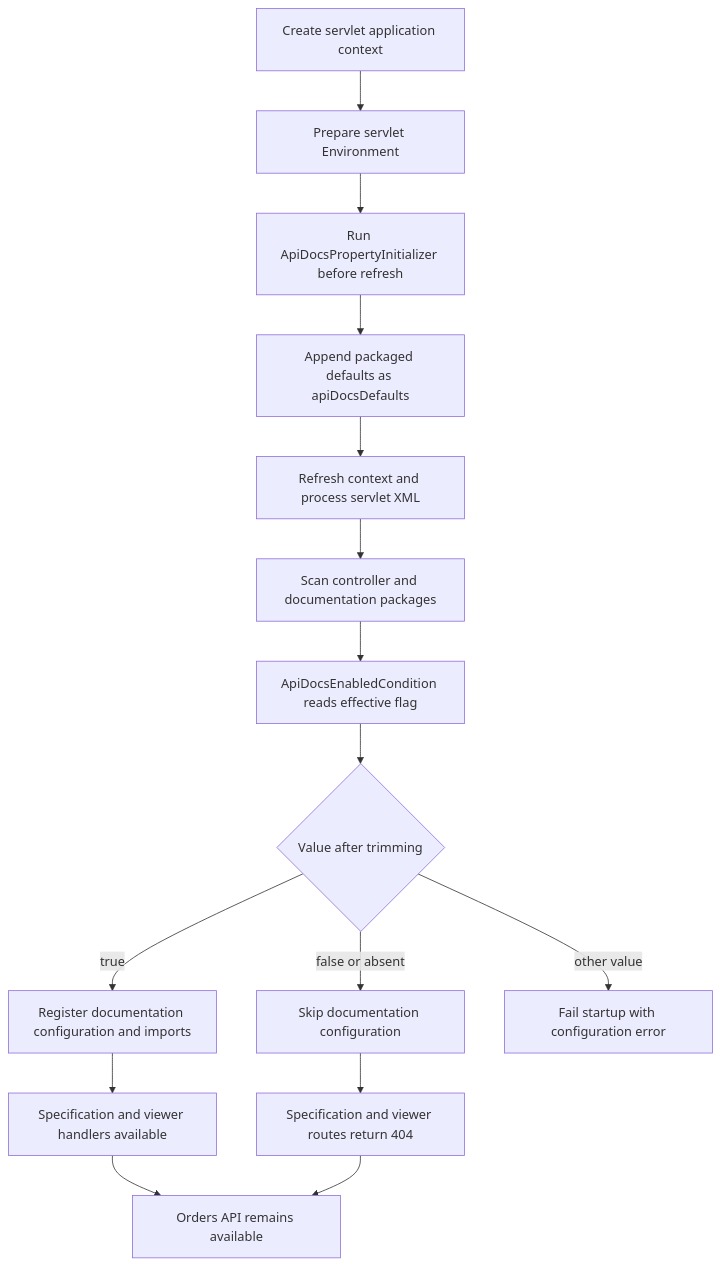
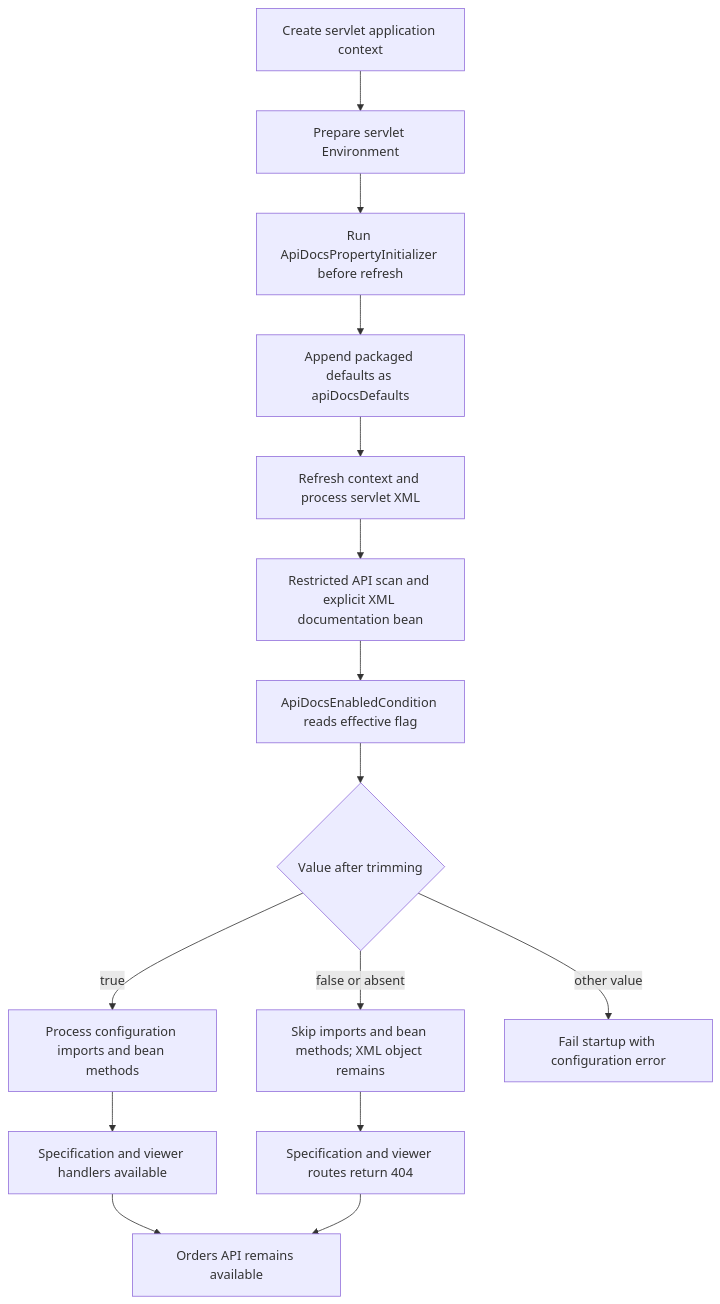
One commit to k4vrin/legacy-spring-openapi-lab changed the second of 4 diagrams in docs/ARCHITECTURE.md. Above: the diagram before and after it, drawn with Mermaid. The commit also changed other lines of this file and 30 other files, not shown here.

Commit message:
Align legacy XML OpenAPI registration and rename packages to dev.kavrin

````diff
--- a/docs/ARCHITECTURE.md
+++ b/docs/ARCHITECTURE.md
@@ -27,17 +29,17 @@
 ```mermaid
 flowchart TD
     A[Create servlet application context] --> B[Prepare servlet Environment]
     B --> I[Run ApiDocsPropertyInitializer before refresh]
     I --> P[Append packaged defaults as apiDocsDefaults]
     P --> X[Refresh context and process servlet XML]
-    X --> SC[Scan controller and documentation packages]
+    X --> SC[Restricted API scan and explicit XML documentation bean]
     SC --> K[ApiDocsEnabledCondition reads effective flag]
     K --> Q{Value after trimming}
-    Q -->|true| Y[Register documentation configuration and imports]
-    Q -->|false or absent| N[Skip documentation configuration]
+    Q -->|true| Y[Process configuration imports and bean methods]
+    Q -->|false or absent| N[Skip imports and bean methods; XML object remains]
     Q -->|other value| E[Fail startup with configuration error]
     Y --> H[Specification and viewer handlers available]
     N --> F[Specification and viewer routes return 404]
     H --> API[Orders API remains available]
     F --> API
 ```
````
